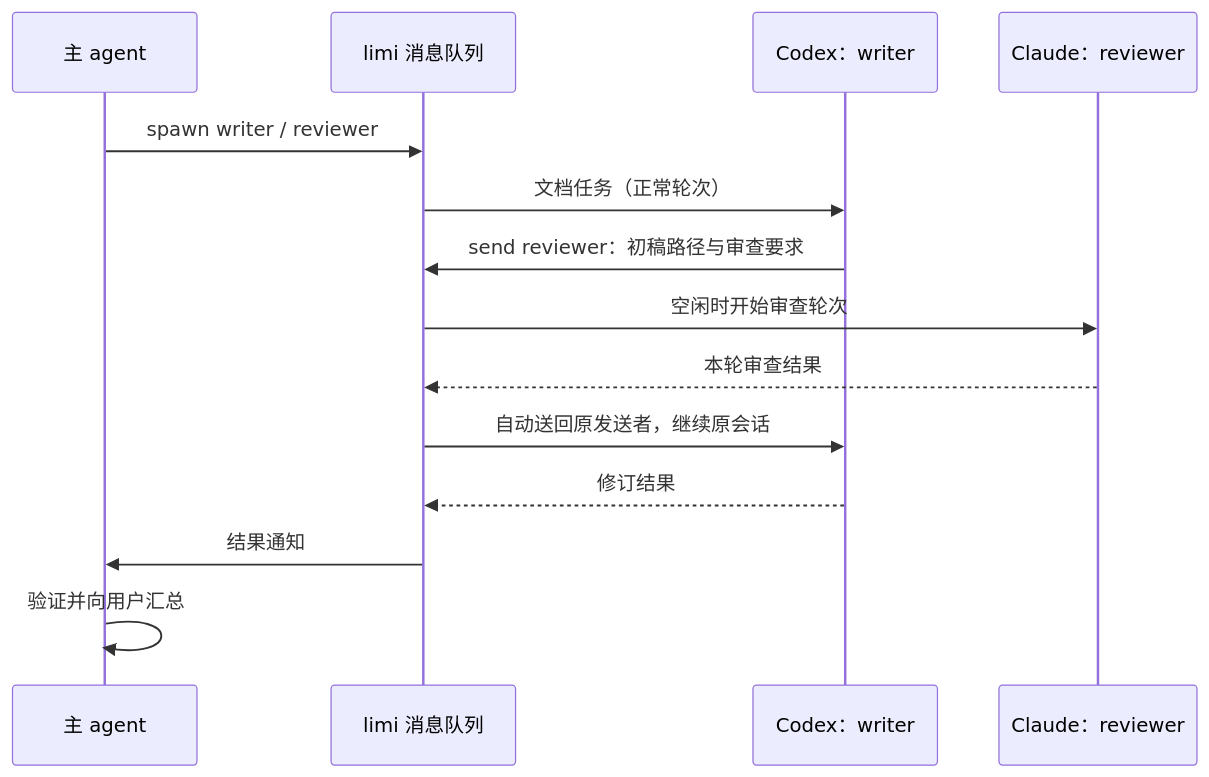
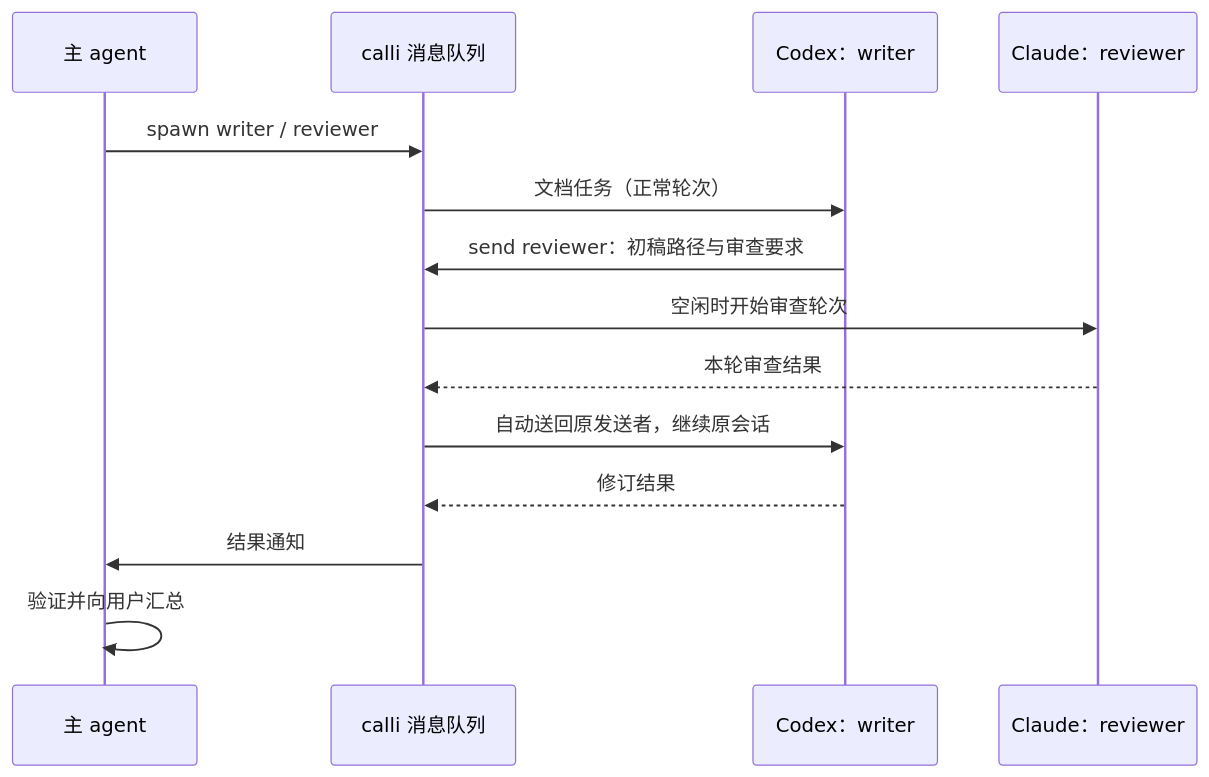
Before and after one commit to Littlezjh/calli: the diagram in docs/agent-coordination-design.md, drawn with Mermaid. The commit also changed other lines of this file and 330 other files, not shown here.

````diff
--- a/docs/agent-coordination-design.md
+++ b/docs/agent-coordination-design.md
@@ -66,16 +66,16 @@
 ```mermaid
 sequenceDiagram
     participant Lead as 主 agent
-    participant Hub as limi 消息队列
+    participant Hub as calli 消息队列
     participant Writer as Codex：writer
     participant Reviewer as Claude：reviewer
     Lead->>Hub: spawn writer / reviewer
     Hub->>Writer: 文档任务（正常轮次）
     Writer->>Hub: send reviewer：初稿路径与审查要求
     Hub->>Reviewer: 空闲时开始审查轮次
     Reviewer-->>Hub: 本轮审查结果
     Hub->>Writer: 自动送回原发送者，继续原会话
     Writer-->>Hub: 修订结果
     Hub->>Lead: 结果通知
     Lead->>Lead: 验证并向用户汇总
 ```
````
